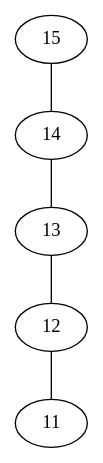
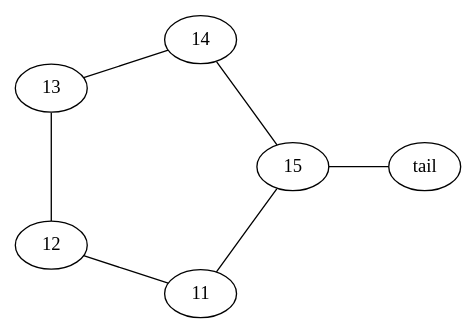
Before and after one commit to WalterErazo/proyecto-avanzada-2: the diagram in TempGraficas.dot, drawn with Graphviz. The commit also changed 4 other files, not shown here.

```diff
--- a/TempGraficas.dot
+++ b/TempGraficas.dot
@@ -1,1 +1,1 @@
-graph g{ 11; 12; 13; 14; 15; 15 -- 14; 14 -- 13; 13 -- 12; 12 -- 11; }
+graph{ layout=circo; 11 -- 12; 12 -- 13; 13 -- 14; 14 -- 15; 15--11tail--15}
```
